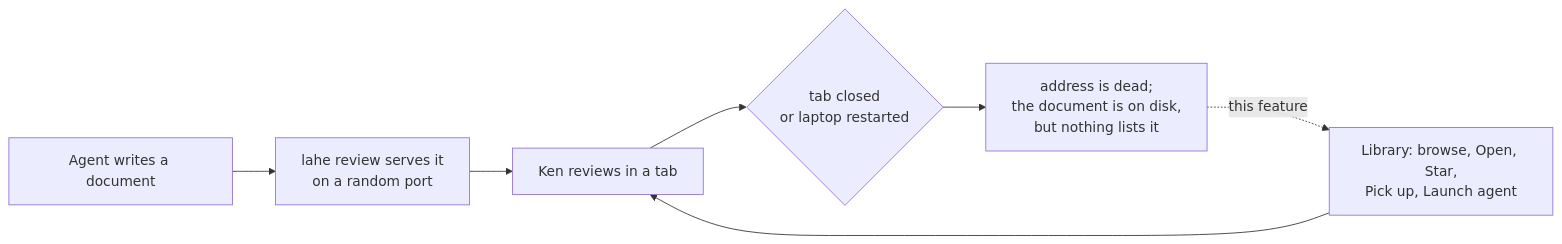
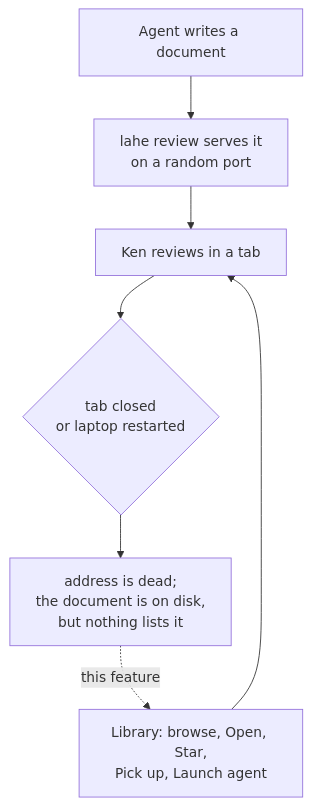
Before and after one commit to kenxle/live-agentic-html-editor: the diagram in docs/features/20260922.02_lahe_library/01_brief_lahe_library.md, drawn with Mermaid.

Commit message:
Brief: context diagram runs top to bottom

````diff
--- a/docs/features/20260922.02_lahe_library/01_brief_lahe_library.md
+++ b/docs/features/20260922.02_lahe_library/01_brief_lahe_library.md
@@ -16,9 +16,9 @@
 ```mermaid
-flowchart LR
+flowchart TD
   A["Agent writes a document"] --> B["lahe review serves it<br/>on a random port"]
   B --> C["Ken reviews in a tab"]
   C --> D{"tab closed<br/>or laptop restarted"}
   D --> E["address is dead;<br/>the document is on disk,<br/>but nothing lists it"]
   E -.->|"this feature"| F["Library: browse, Open, Star,<br/>Pick up, Launch agent"]
   F --> C
 ```
````
